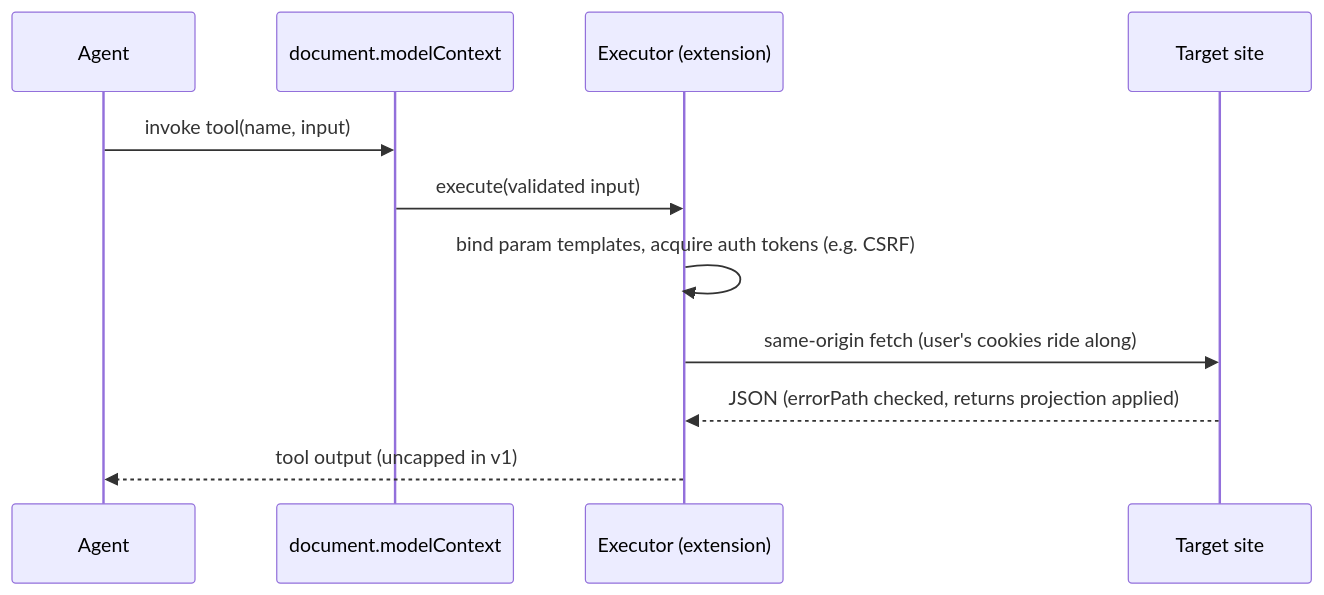
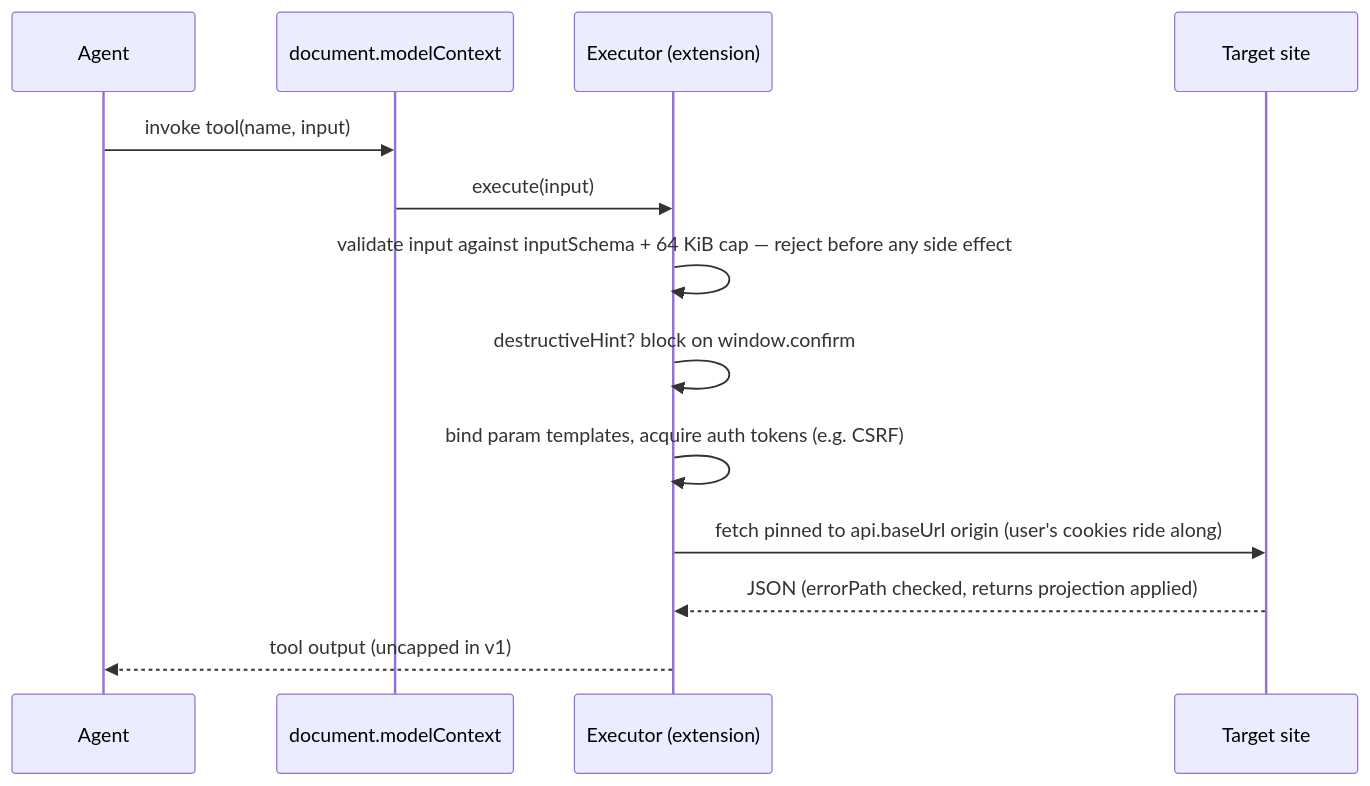
One commit to robertn702/webmcp-today changed the fourth of 5 diagrams in ARCHITECTURE.md. Above: the diagram before and after it, drawn with Mermaid. The commit also changed other lines of this file and 27 other files, not shown here.

````diff
--- a/ARCHITECTURE.md
+++ b/ARCHITECTURE.md
@@ -156,14 +156,16 @@
 ```mermaid
 sequenceDiagram
     participant A as Agent
     participant MC as document.modelContext
     participant EX as Executor (extension)
     participant S as Target site
 
     A->>MC: invoke tool(name, input)
-    MC->>EX: execute(validated input)
+    MC->>EX: execute(input)
+    EX->>EX: validate input against inputSchema + 64 KiB cap — reject before any side effect
+    EX->>EX: destructiveHint? block on window.confirm
     EX->>EX: bind param templates, acquire auth tokens (e.g. CSRF)
-    EX->>S: same-origin fetch (user's cookies ride along)
+    EX->>S: fetch pinned to api.baseUrl origin (user's cookies ride along)
     S-->>EX: JSON (errorPath checked, returns projection applied)
     EX-->>A: tool output (uncapped in v1)
 ```
````
